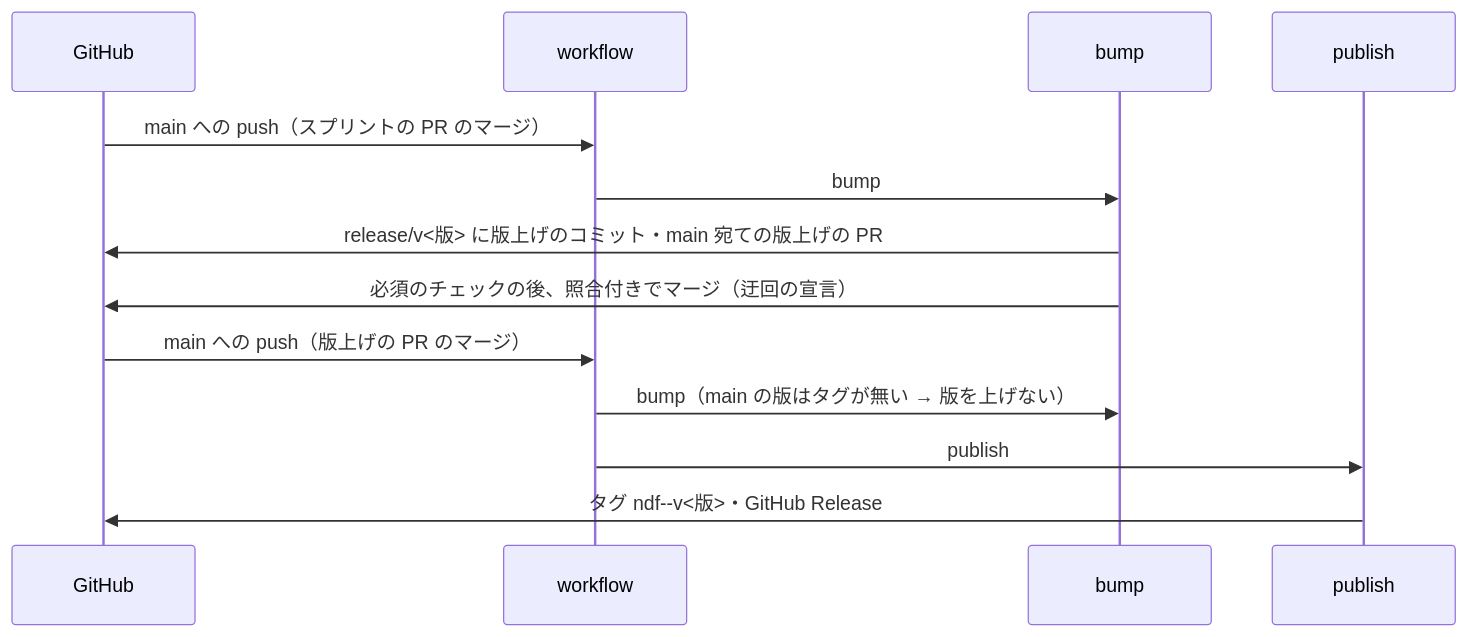
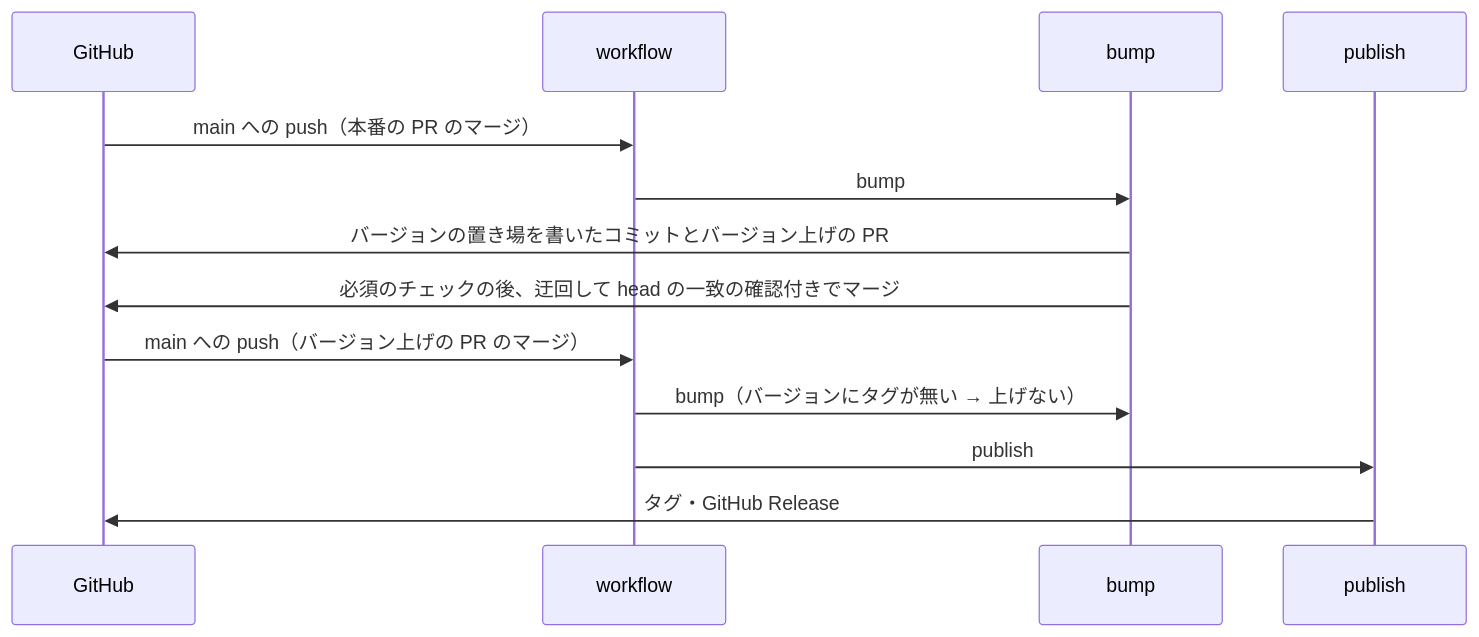
Before and after one commit to devbasex/ai-plugins: the third of 4 diagrams in issues/issue-3572-design.md, drawn with Mermaid. The commit also changed other lines of this file and 6 other files, not shown here.

````diff
--- a/issues/issue-3572-design.md
+++ b/issues/issue-3572-design.md
@@ -373,15 +359,15 @@
 ```mermaid
 sequenceDiagram
     participant H as GitHub
     participant W as workflow
     participant B as bump
     participant T as publish
-    H->>W: main への push（スプリントの PR のマージ）
+    H->>W: main への push（本番の PR のマージ）
     W->>B: bump
-    B->>H: release/v<版> に版上げのコミット・main 宛ての版上げの PR
-    B->>H: 必須のチェックの後、照合付きでマージ（迂回の宣言）
-    H->>W: main への push（版上げの PR のマージ）
-    W->>B: bump（main の版はタグが無い → 版を上げない）
+    B->>H: バージョンの置き場を書いたコミットとバージョン上げの PR
+    B->>H: 必須のチェックの後、迂回して head の一致の確認付きでマージ
+    H->>W: main への push（バージョン上げの PR のマージ）
+    W->>B: bump（バージョンにタグが無い → 上げない）
     W->>T: publish
-    T->>H: タグ ndf--v<版>・GitHub Release
+    T->>H: タグ・GitHub Release
 ```
````
